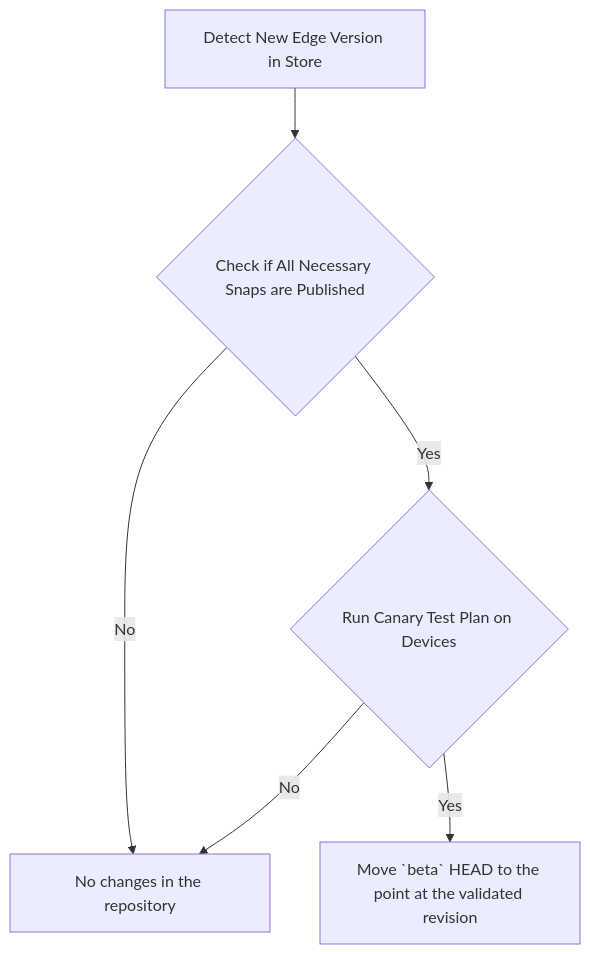
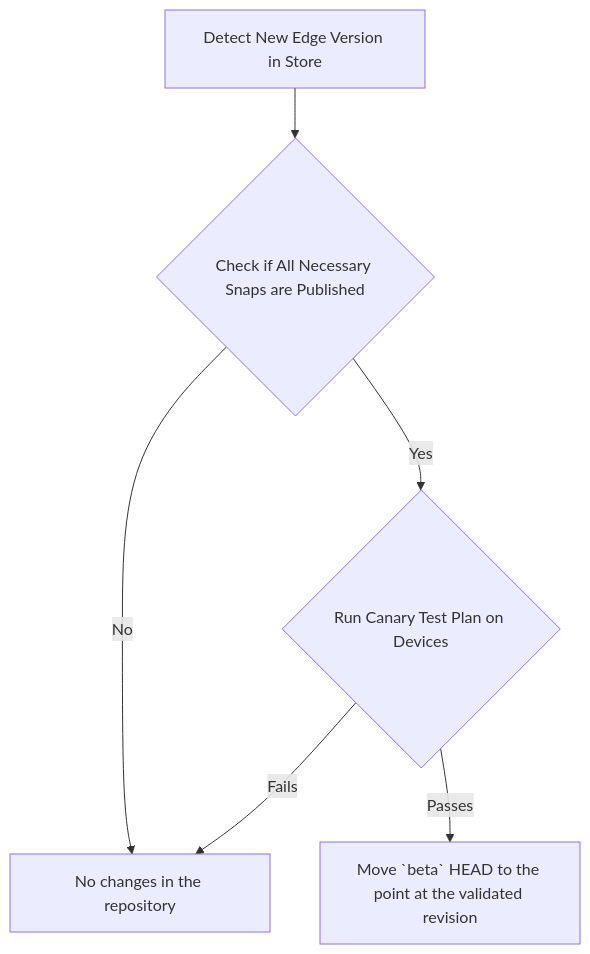
One commit to canonical/checkbox changed the second of 3 diagrams in docs/explanation/release_process/validation_pipeline_execution.rst. Above: the diagram before and after it, drawn with Mermaid. The commit also changed other lines of this file, not shown here.

```diff
--- a/docs/explanation/release_process/validation_pipeline_execution.rst
+++ b/docs/explanation/release_process/validation_pipeline_execution.rst
@@ -47,15 +39,15 @@
 .. mermaid::
 
     graph TB
 
         A[Detect New Edge Version in Store]
         B{Check if All Necessary Snaps are Published}
         C{Run Canary Test Plan on Devices}
         D[No changes in the repository]
         E[Move `beta` HEAD to the point at the validated revision]
 
         A --> B
         B -->|No| D
         B -->|Yes| C
-        C -->|Yes| E
-        C -->|No| D
+        C -->|Passes| E
+        C -->|Fails| D
```
